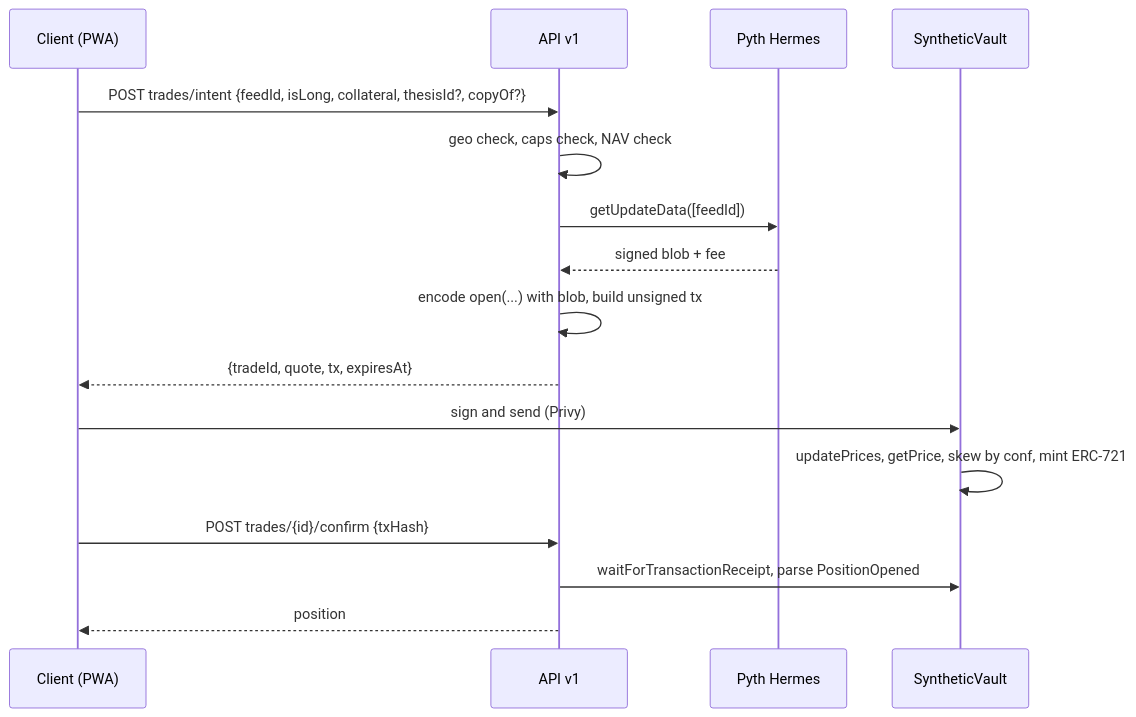
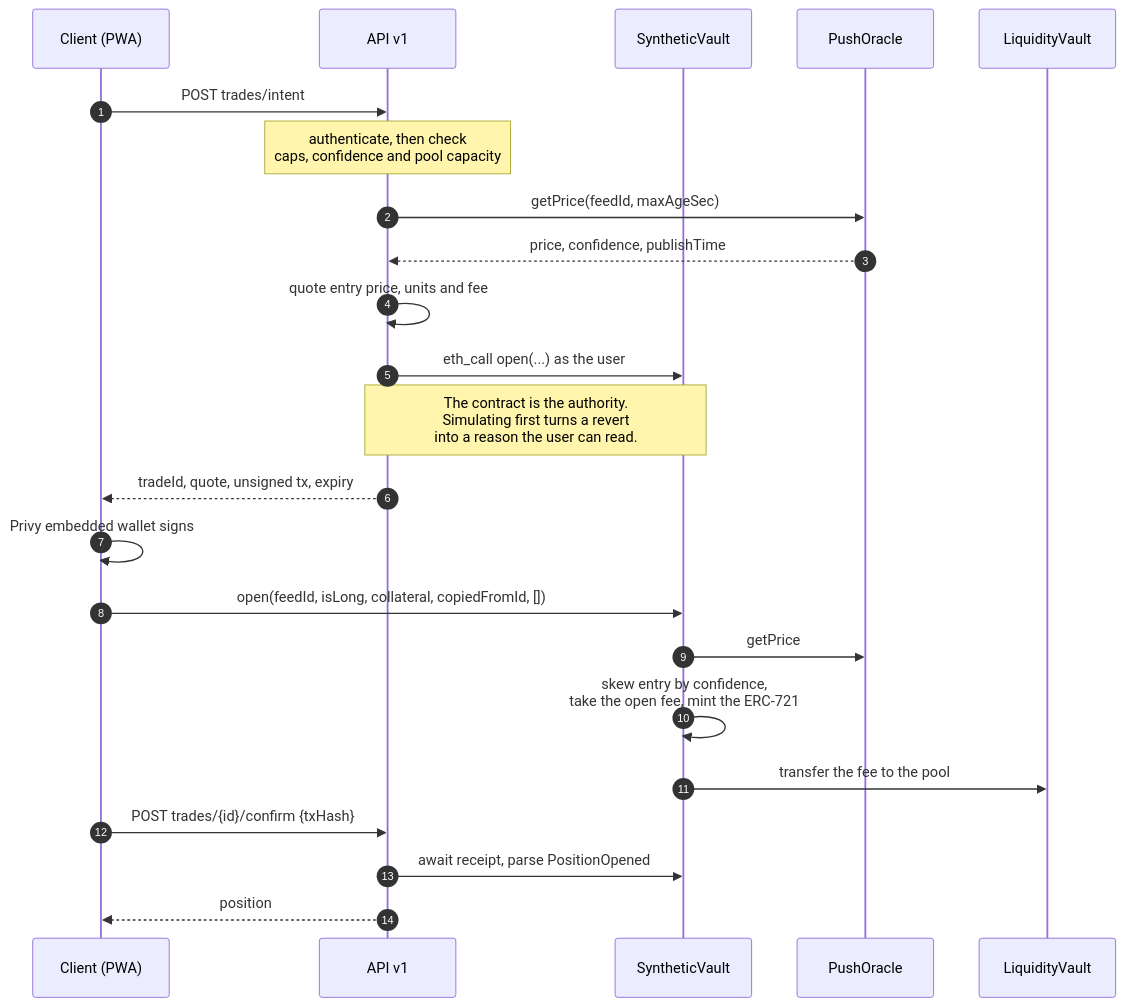
The third of 4 diagrams in ARCHITECTURE.md (cope-market/cope-market), drawn with Mermaid before and after one commit. The commit also changed other lines of this file, not shown here.

````diff
--- a/ARCHITECTURE.md
+++ b/ARCHITECTURE.md
@@ -511,18 +630,28 @@
 ```mermaid
 sequenceDiagram
+    autonumber
     participant C as Client (PWA)
     participant A as API v1
-    participant H as Pyth Hermes
     participant V as SyntheticVault
-    C->>A: POST trades/intent {feedId, isLong, collateral, thesisId?, copyOf?}
-    A->>A: geo check, caps check, NAV check
-    A->>H: getUpdateData([feedId])
-    H-->>A: signed blob + fee
-    A->>A: encode open(...) with blob, build unsigned tx
-    A-->>C: {tradeId, quote, tx, expiresAt}
-    C->>V: sign and send (Privy)
-    V->>V: updatePrices, getPrice, skew by conf, mint ERC-721
+    participant O as PushOracle
+    participant L as LiquidityVault
+
+    C->>A: POST trades/intent
+    Note over A: authenticate, then check<br/>caps, confidence and pool capacity
+    A->>O: getPrice(feedId, maxAgeSec)
+    O-->>A: price, confidence, publishTime
+    A->>A: quote entry price, units and fee
+    A->>V: eth_call open(...) as the user
+    Note over A,V: The contract is the authority.<br/>Simulating first turns a revert<br/>into a reason the user can read.
+    A-->>C: tradeId, quote, unsigned tx, expiry
+
+    C->>C: Privy embedded wallet signs
+    C->>V: open(feedId, isLong, collateral, copiedFromId, [])
+    V->>O: getPrice
+    V->>V: skew entry by confidence,<br/>take the open fee, mint the ERC-721
+    V->>L: transfer the fee to the pool
+
     C->>A: POST trades/{id}/confirm {txHash}
-    A->>V: waitForTransactionReceipt, parse PositionOpened
+    A->>V: await receipt, parse PositionOpened
     A-->>C: position
 ```
````
